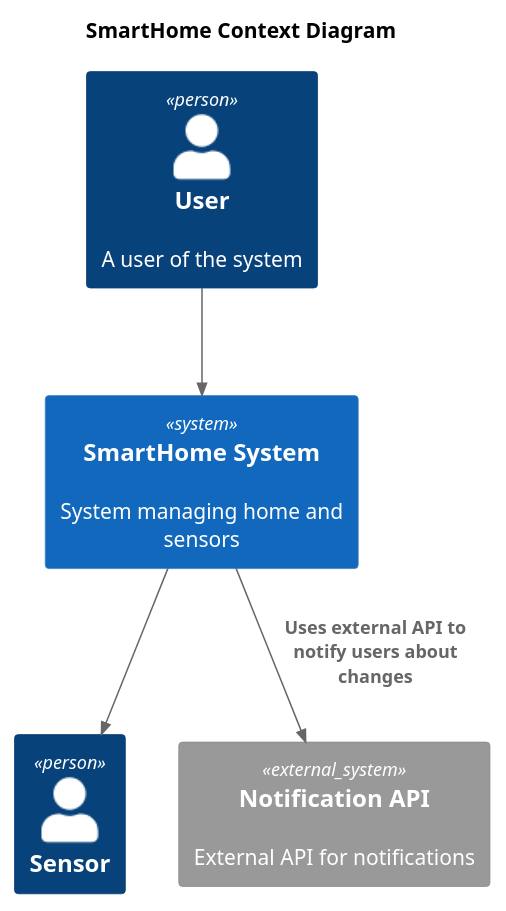
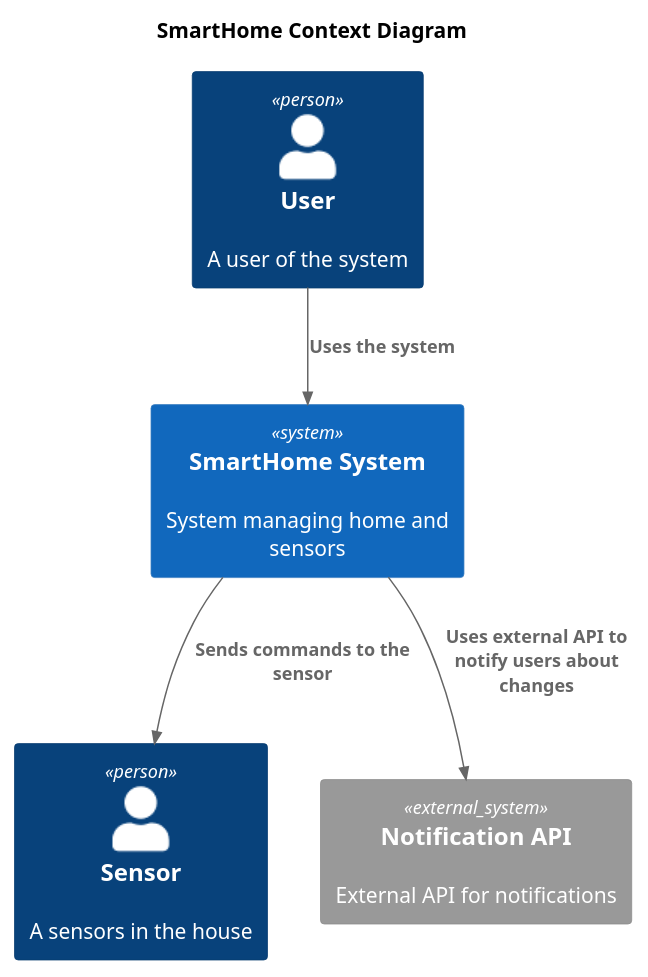
Before and after one commit to lunaticenslaved/practicum-software-architect-1: the diagram in schemas/context/Context.puml, drawn with PlantUML. The commit also changed 9 other files, not shown here.

```diff
--- a/schemas/context/Context.puml
+++ b/schemas/context/Context.puml
@@ -1,18 +1,18 @@
-@startuml
+@startuml C4_Context
 title SmartHome Context Diagram
 
 top to bottom direction
 
 !includeurl https://raw.githubusercontent.com/RicardoNiepel/C4-PlantUML/master/C4_Context.puml
 
 Person(user, "User", "A user of the system")
-Person(sensor, "Sensor", "")
+Person(sensor, "Sensor", "A sensors in the house")
 
 System(SmartHomeSystem, "SmartHome System", "System managing home and sensors")
 System_Ext(api, "Notification API", "External API for notifications")
 
-Rel(user, SmartHomeSystem, "")
-Rel(SmartHomeSystem, sensor, "")
+Rel(user, SmartHomeSystem, "Uses the system")
+Rel(SmartHomeSystem, sensor, "Sends commands to the sensor")
 Rel(SmartHomeSystem, api, "Uses external API to notify users about changes")
 
 @enduml
```
